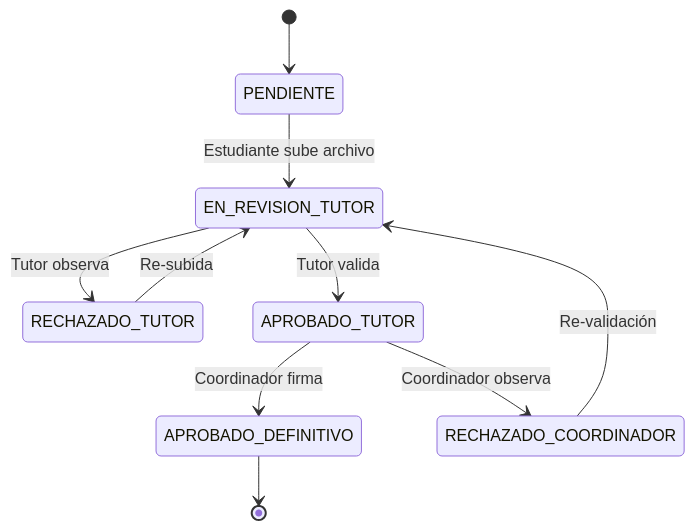
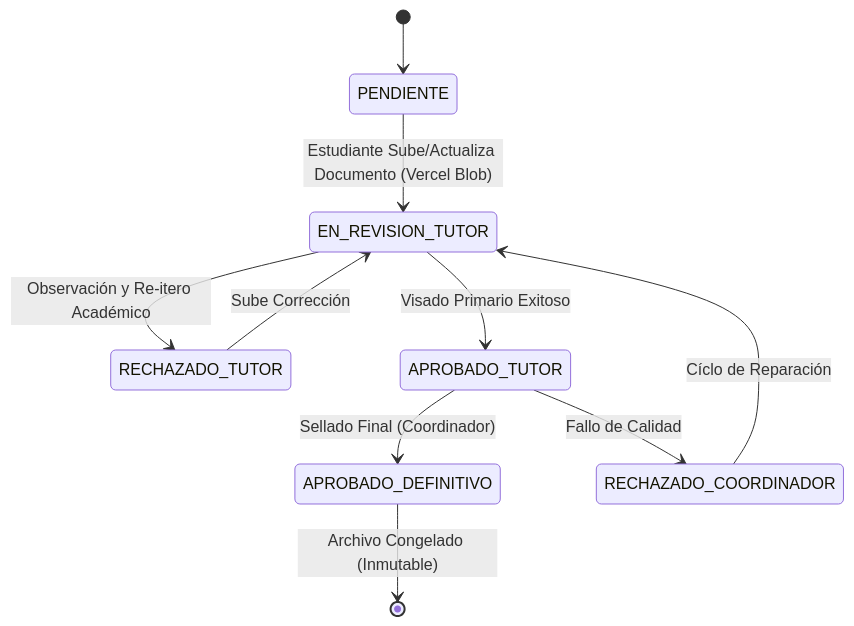
Before and after one commit to JorgeDoicela/sistema_practicas_preprofesionales: the diagram in docs/logica-negocio.md, drawn with Mermaid. The commit also changed other lines of this file and 6 other files, not shown here.

````diff
--- a/docs/logica-negocio.md
+++ b/docs/logica-negocio.md
@@ -43,12 +34,14 @@
 ```mermaid
 stateDiagram-v2
     [*] --> PENDIENTE
-    PENDIENTE --> EN_REVISION_TUTOR: Estudiante sube archivo
-    EN_REVISION_TUTOR --> RECHAZADO_TUTOR: Tutor observa
-    RECHAZADO_TUTOR --> EN_REVISION_TUTOR: Re-subida
-    EN_REVISION_TUTOR --> APROBADO_TUTOR: Tutor valida
-    APROBADO_TUTOR --> APROBADO_DEFINITIVO: Coordinador firma
-    APROBADO_TUTOR --> RECHAZADO_COORDINADOR: Coordinador observa
-    RECHAZADO_COORDINADOR --> EN_REVISION_TUTOR: Re-validación
-    APROBADO_DEFINITIVO --> [*]
+    PENDIENTE --> EN_REVISION_TUTOR: Estudiante Sube/Actualiza Documento (Vercel Blob)
+    EN_REVISION_TUTOR --> RECHAZADO_TUTOR: Observación y Re-itero Académico
+    RECHAZADO_TUTOR --> EN_REVISION_TUTOR: Sube Corrección
+    EN_REVISION_TUTOR --> APROBADO_TUTOR: Visado Primario Exitoso
+    
+    APROBADO_TUTOR --> APROBADO_DEFINITIVO: Sellado Final (Coordinador)
+    APROBADO_TUTOR --> RECHAZADO_COORDINADOR: Fallo de Calidad
+    RECHAZADO_COORDINADOR --> EN_REVISION_TUTOR: Cíclo de Reparación
+    
+    APROBADO_DEFINITIVO --> [*]: Archivo Congelado (Inmutable)
 ```
````
